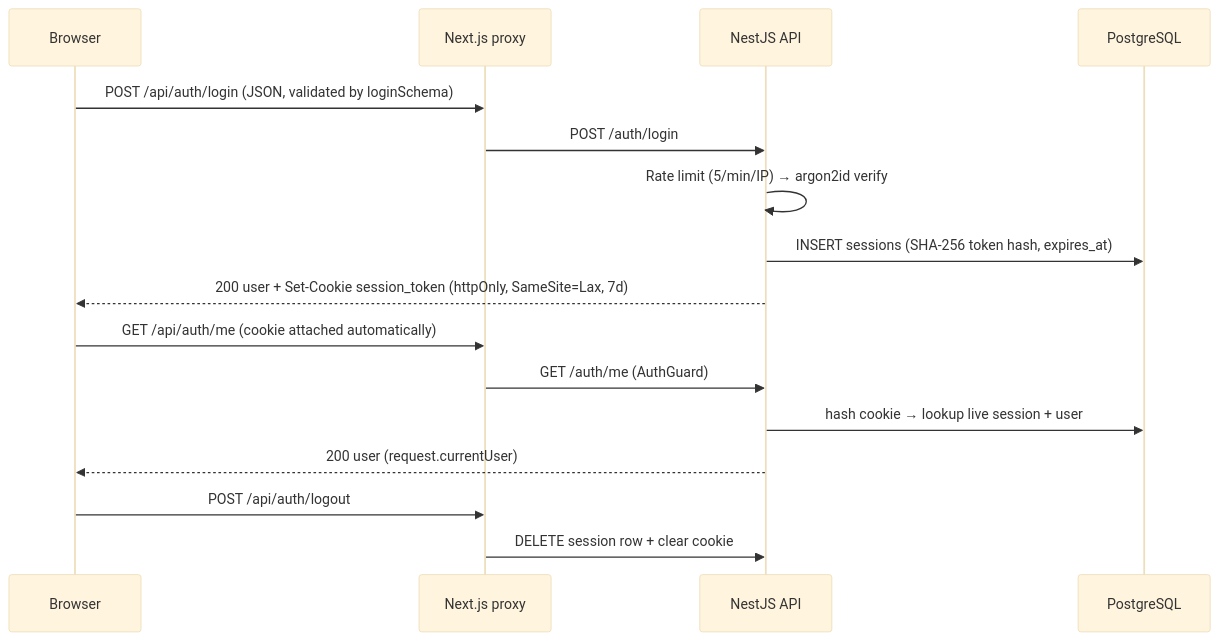
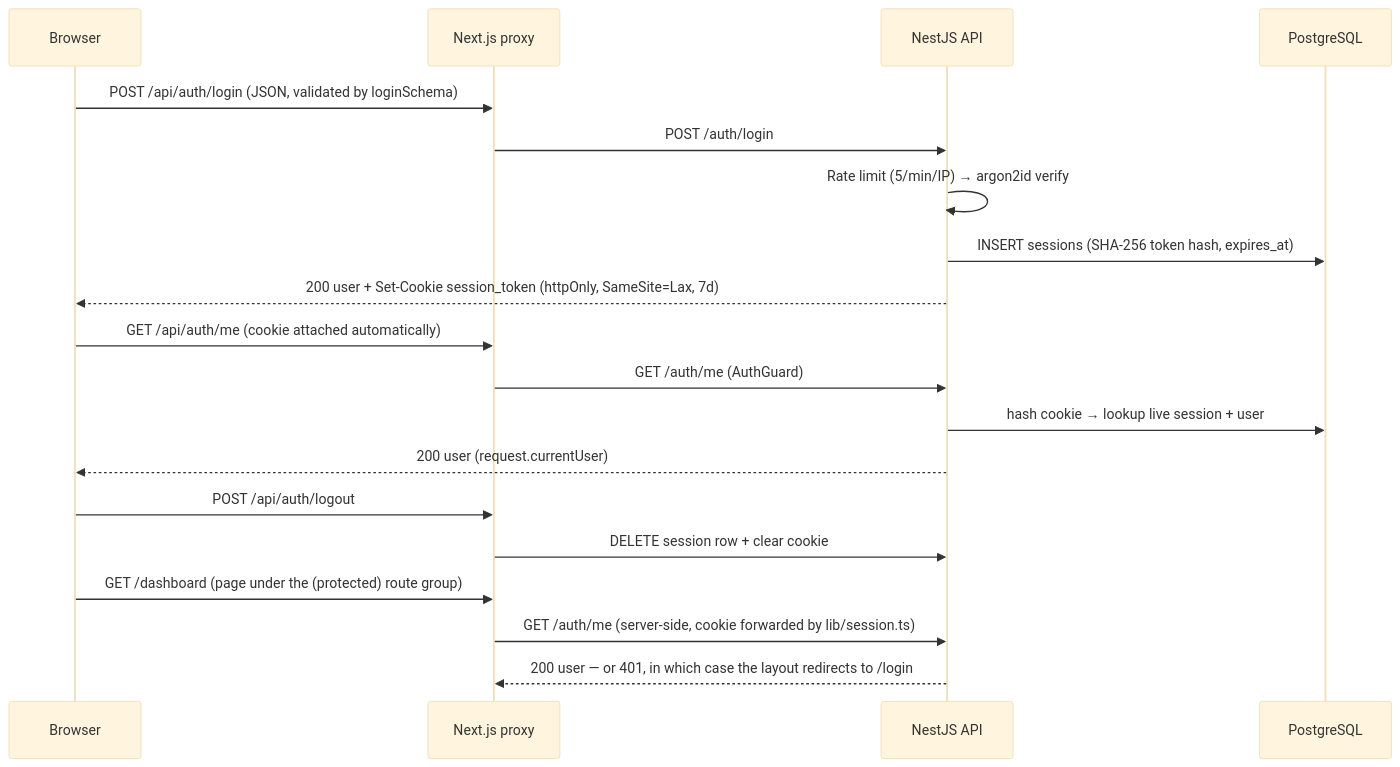
One commit to danisolation/recall changed the second of 2 diagrams in ARCHITECTURE.md. Above: the diagram before and after it, drawn with Mermaid (base theme). The commit also changed other lines of this file and 13 other files, not shown here.

Commit message:
feat(web): gate a protected dashboard behind the session

````diff
--- a/ARCHITECTURE.md
+++ b/ARCHITECTURE.md
@@ -61,21 +62,25 @@
 ```mermaid
 sequenceDiagram
     participant C as Browser
     participant W as Next.js proxy
     participant A as NestJS API
     participant DB as PostgreSQL
 
     C->>W: POST /api/auth/login (JSON, validated by loginSchema)
     W->>A: POST /auth/login
     A->>A: Rate limit (5/min/IP) → argon2id verify
     A->>DB: INSERT sessions (SHA-256 token hash, expires_at)
     A-->>C: 200 user + Set-Cookie session_token (httpOnly, SameSite=Lax, 7d)
 
     C->>W: GET /api/auth/me (cookie attached automatically)
     W->>A: GET /auth/me (AuthGuard)
     A->>DB: hash cookie → lookup live session + user
     A-->>C: 200 user (request.currentUser)
 
     C->>W: POST /api/auth/logout
     W->>A: DELETE session row + clear cookie
+
+    C->>W: GET /dashboard (page under the (protected) route group)
+    W->>A: GET /auth/me (server-side, cookie forwarded by lib/session.ts)
+    A-->>W: 200 user — or 401, in which case the layout redirects to /login
 ```
````
